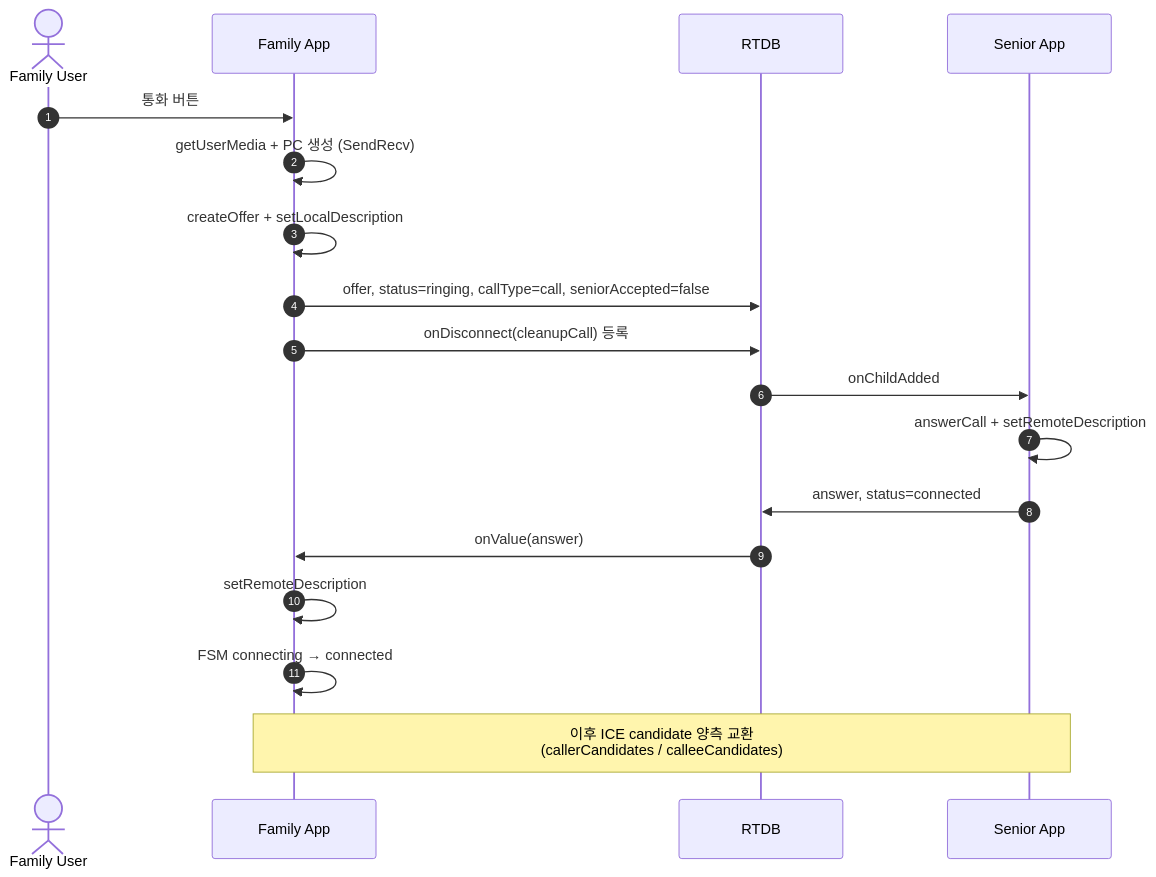
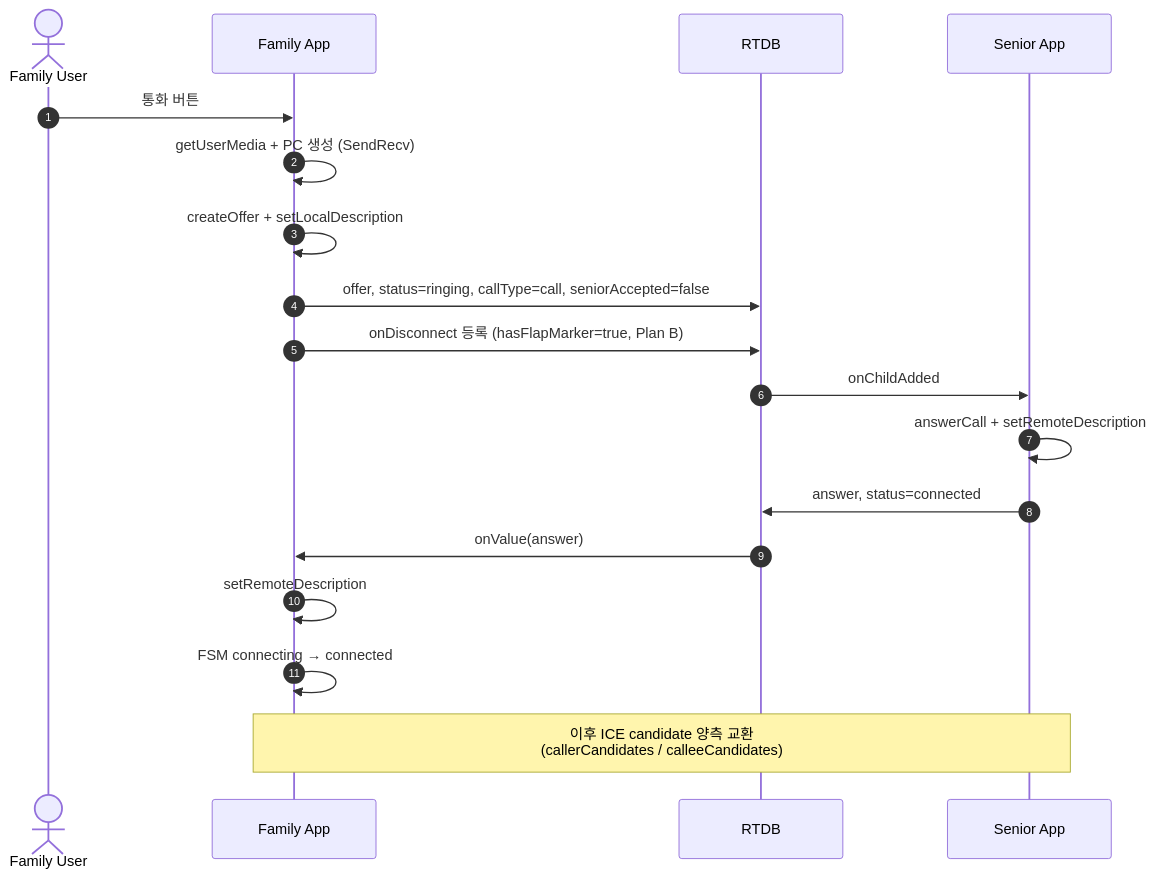
One commit to HANSOLJJ/senior_care_family changed the second of 13 diagrams in docs/call-scenarios.md. Above: the diagram before and after it, drawn with Mermaid. The commit also changed other lines of this file and 6 other files, not shown here.

````diff
--- a/docs/call-scenarios.md
+++ b/docs/call-scenarios.md
@@ -37,22 +43,22 @@
 ```mermaid
 %%{init: {'sequence': {'actorMargin':90, 'messageMargin':45, 'noteMargin':15, 'boxMargin':15, 'width':180}}}%%
 sequenceDiagram
     autonumber
     actor U as Family User
     participant F as Family App
     participant R as RTDB
     participant S as Senior App
 
     U->>F: 통화 버튼
     F->>F: getUserMedia + PC 생성 (SendRecv)
     F->>F: createOffer + setLocalDescription
     F->>R: offer, status=ringing, callType=call, seniorAccepted=false
-    F->>R: onDisconnect(cleanupCall) 등록
+    F->>R: onDisconnect 등록 (hasFlapMarker=true, Plan B)
     R->>S: onChildAdded
     S->>S: answerCall + setRemoteDescription
     S->>R: answer, status=connected
     R->>F: onValue(answer)
     F->>F: setRemoteDescription
     F->>F: FSM connecting → connected
     Note over F,S: 이후 ICE candidate 양측 교환<br/>(callerCandidates / calleeCandidates)
 ```
````
